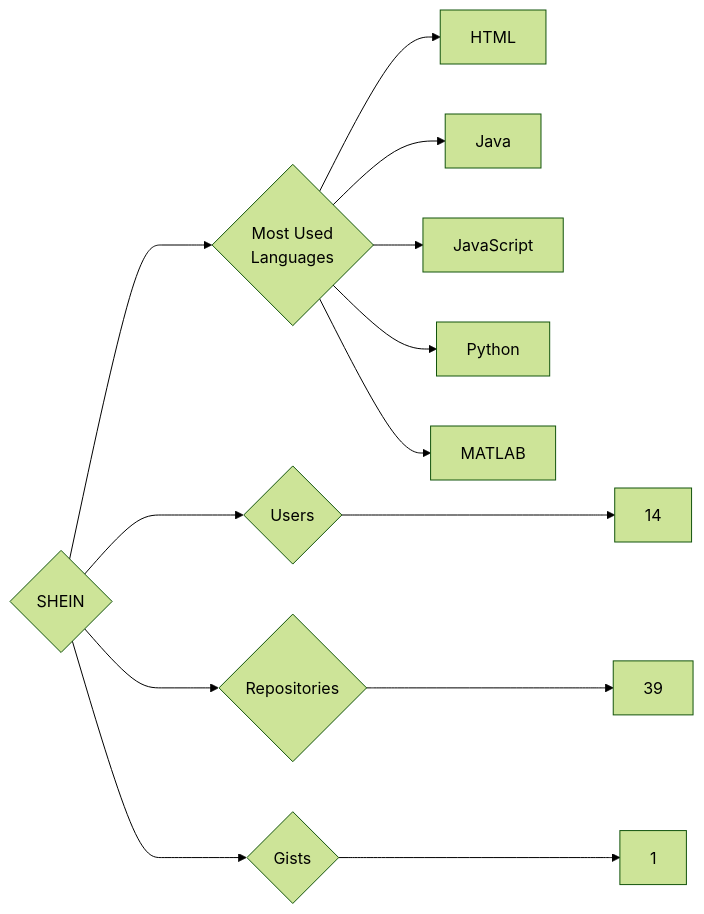
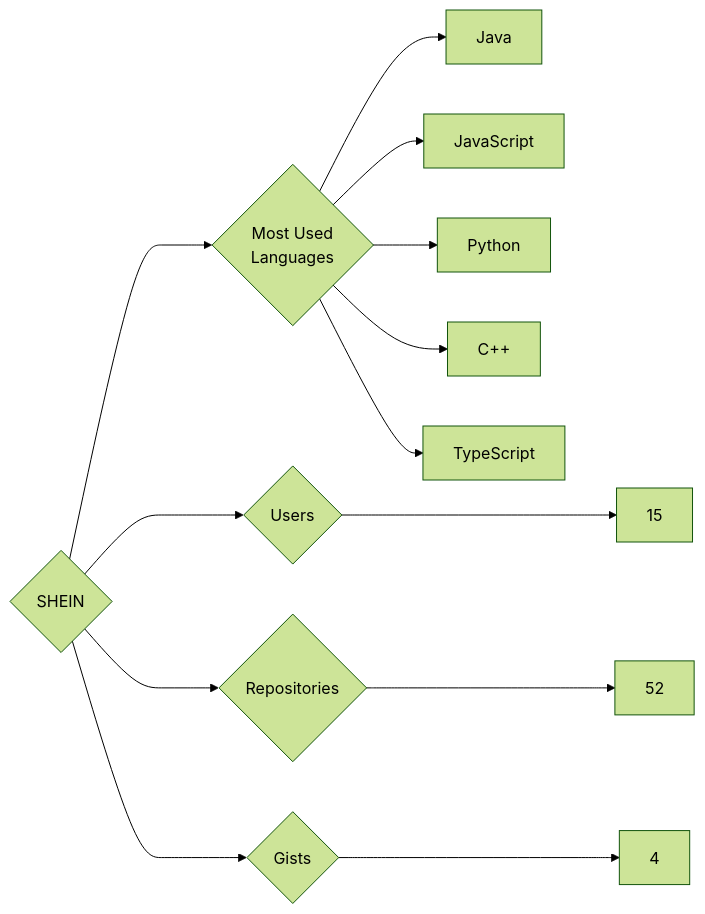
Before and after one commit to trickest/insiders: the diagram in targets/SHEIN/README.md, drawn with Mermaid (forest theme). The commit also changed 806 other files, not shown here.

````diff
--- a/targets/SHEIN/README.md
+++ b/targets/SHEIN/README.md
@@ -3,13 +3,13 @@
 ```mermaid
 graph LR
 COMPANY_NAME{SHEIN}
-COMPANY_NAME ---> U{Users} ---> UN[14]
-COMPANY_NAME ---> R{Repositories} ---> RN[39]
-COMPANY_NAME ---> G{Gists} ---> GN[1]
+COMPANY_NAME ---> U{Users} ---> UN[15]
+COMPANY_NAME ---> R{Repositories} ---> RN[52]
+COMPANY_NAME ---> G{Gists} ---> GN[4]
 COMPANY_NAME ---> ML{Most Used<br>Languages}
-ML --> HTML[HTML]
 ML --> Java[Java]
 ML --> JavaScript[JavaScript]
 ML --> Python[Python]
-ML --> MATLAB[MATLAB]
+ML --> C++[C++]
+ML --> TypeScript[TypeScript]
 ```
````
